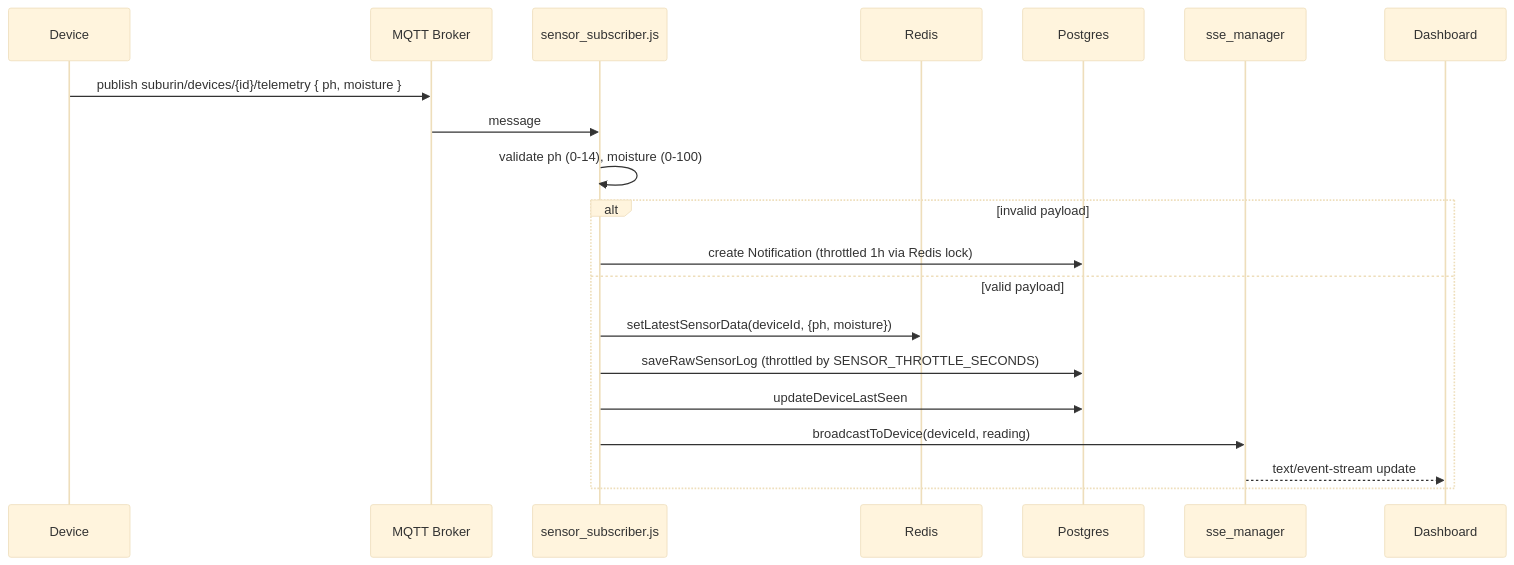
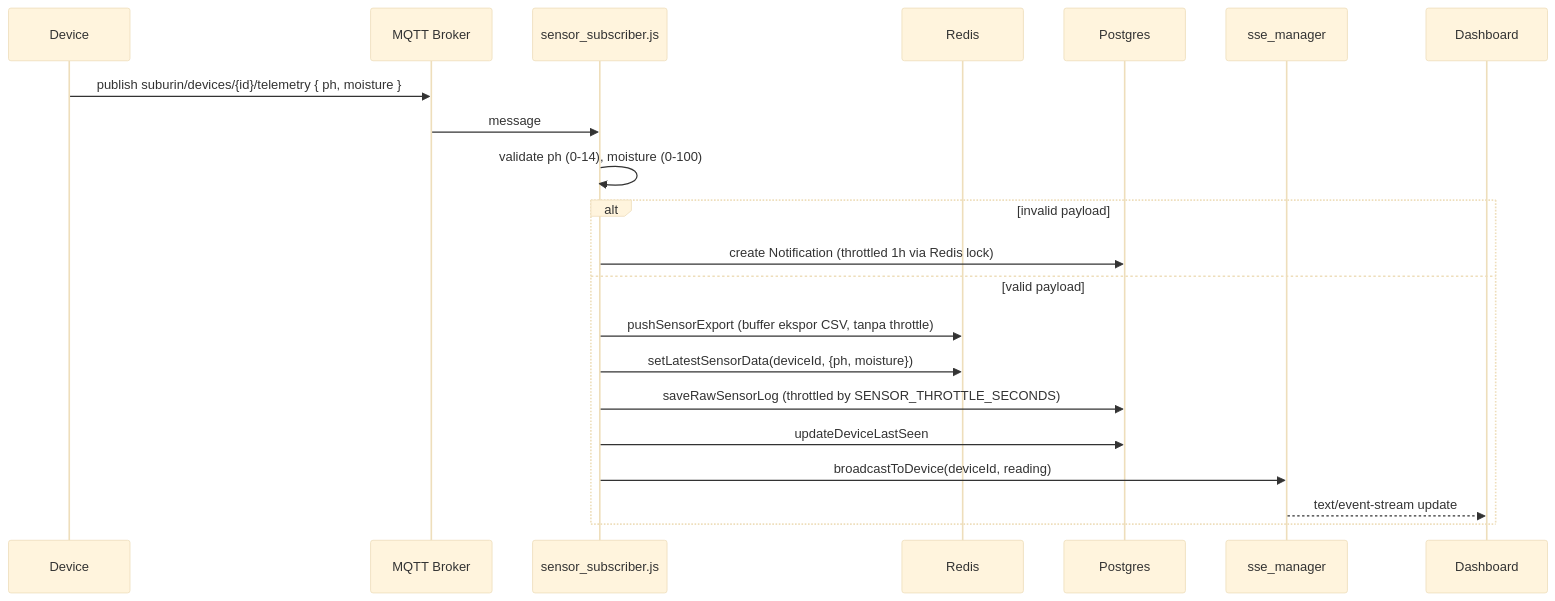
One commit to Capstone2026-E04/Subur.in changed the fifth of 7 diagrams in docs/architecture/api-flow.md. Above: the diagram before and after it, drawn with Mermaid (base theme). The commit also changed other lines of this file and 13 other files, not shown here.

Commit message:
docs: lengkapi dokumentasi antrean offline ESP32, ekspor CSV, dan ADR-011

````diff
--- a/docs/architecture/api-flow.md
+++ b/docs/architecture/api-flow.md
@@ -102,23 +102,24 @@
 ```mermaid
 sequenceDiagram
     participant Device
     participant Broker as MQTT Broker
     participant Subscriber as sensor_subscriber.js
     participant Redis
     participant Postgres
     participant SSE as sse_manager
     participant Dashboard
 
     Device->>Broker: publish suburin/devices/{id}/telemetry { ph, moisture }
     Broker->>Subscriber: message
     Subscriber->>Subscriber: validate ph (0-14), moisture (0-100)
     alt invalid payload
         Subscriber->>Postgres: create Notification (throttled 1h via Redis lock)
     else valid payload
+        Subscriber->>Redis: pushSensorExport (buffer ekspor CSV, tanpa throttle)
         Subscriber->>Redis: setLatestSensorData(deviceId, {ph, moisture})
         Subscriber->>Postgres: saveRawSensorLog (throttled by SENSOR_THROTTLE_SECONDS)
         Subscriber->>Postgres: updateDeviceLastSeen
         Subscriber->>SSE: broadcastToDevice(deviceId, reading)
         SSE-->>Dashboard: text/event-stream update
     end
 ```
````
